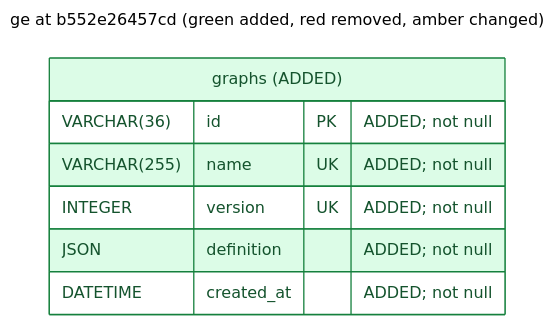
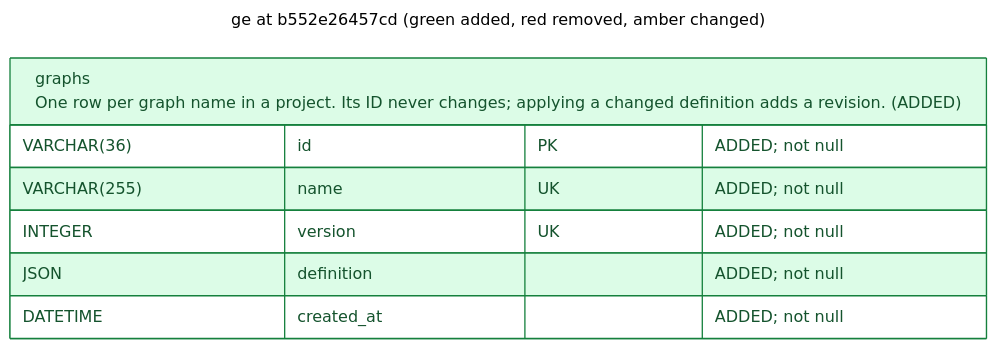
The diagram in v2/docs/schema/ge/b552e26457cd.mermaid (OpenEngine/OpenEngine), drawn with Mermaid before and after one commit. The commit also changed 25 other files, not shown here.

Commit message:
docs: update service schemas

```diff
--- a/v2/docs/schema/ge/b552e26457cd.mermaid
+++ b/v2/docs/schema/ge/b552e26457cd.mermaid
@@ -1,21 +1,21 @@
 ---
 title: ge at b552e26457cd (green added, red removed, amber changed)
 config:
   theme: neutral
 ---
 erDiagram
     direction LR
     %% REMOVED tables/columns are tombstones, absent from this revision's schema.
     %% Column changes include type, nullability, default and key membership.
     %% Table changes also include indexes and constraints.
     classDef added fill:#dcfce7,stroke:#15803d,color:#14532d
     classDef removed fill:#fee2e2,stroke:#b91c1c,color:#7f1d1d
     classDef changed fill:#fef3c7,stroke:#b45309,color:#78350f
-    graphs["graphs (ADDED)"] {
+    graphs["graphs<br/>One row per graph name in a project. Its ID never changes; applying a changed definition adds a revision. (ADDED)"] {
         VARCHAR(36) id PK "ADDED; not null"
         VARCHAR(255) name UK "ADDED; not null"
         INTEGER version UK "ADDED; not null"
         JSON definition "ADDED; not null"
         DATETIME created_at "ADDED; not null"
     }
     class graphs added
```
